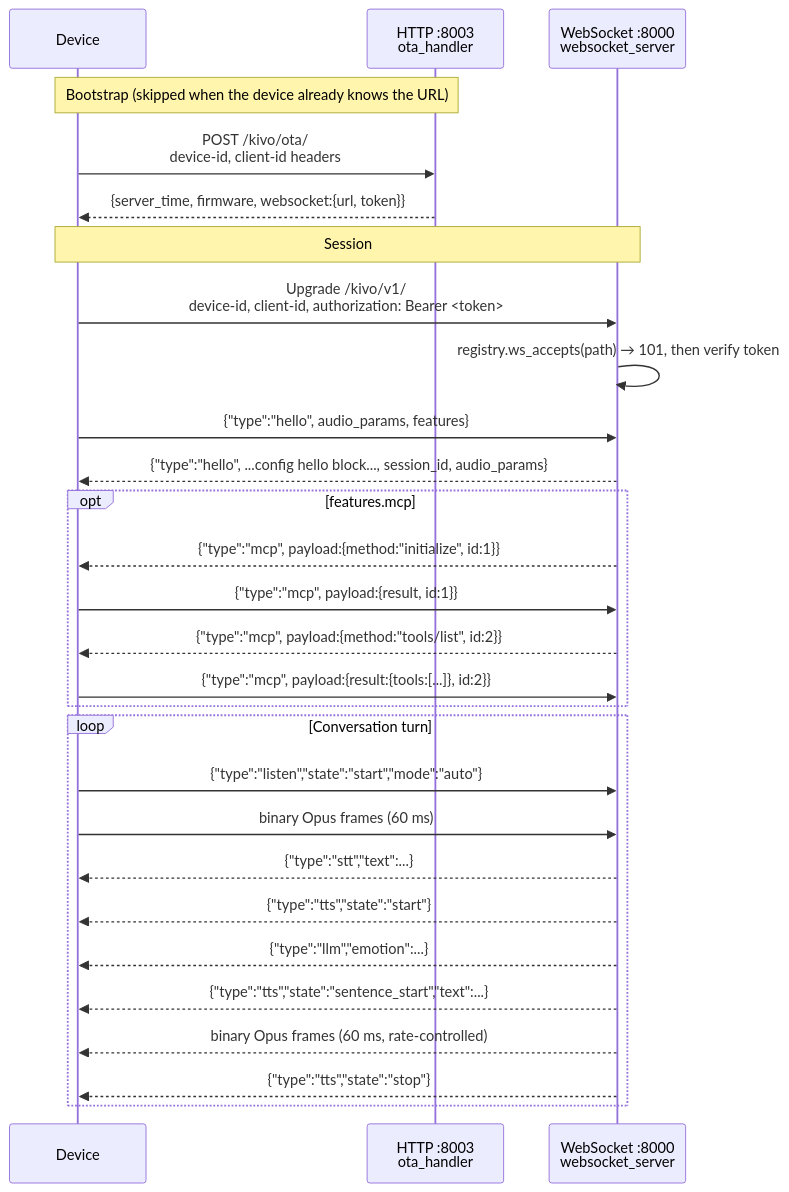
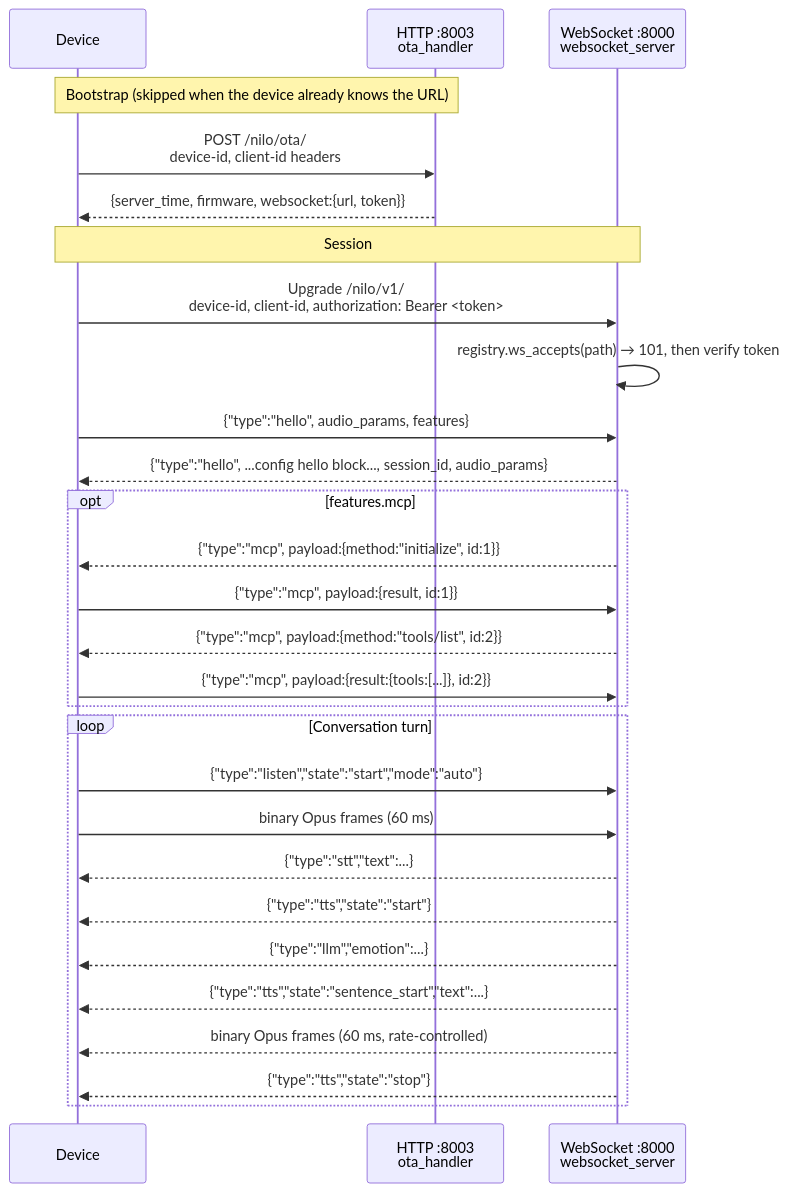
Before and after one commit to AA-Box/Nilo: the diagram in docs/protocol.md, drawn with Mermaid. The commit also changed other lines of this file and 307 other files, not shown here.

First line of the commit message:
refactor!: rename to Nilo and remove the upstream device endpoints

````diff
--- a/docs/protocol.md
+++ b/docs/protocol.md
@@ -182,33 +191,33 @@
 ```mermaid
 sequenceDiagram
     participant D as Device
     participant H as HTTP :8003<br/>ota_handler
     participant W as WebSocket :8000<br/>websocket_server
 
     Note over D,H: Bootstrap (skipped when the device already knows the URL)
-    D->>H: POST /kivo/ota/<br/>device-id, client-id headers
+    D->>H: POST /nilo/ota/<br/>device-id, client-id headers
     H-->>D: {server_time, firmware, websocket:{url, token}}
 
     Note over D,W: Session
-    D->>W: Upgrade /kivo/v1/<br/>device-id, client-id, authorization: Bearer <token>
+    D->>W: Upgrade /nilo/v1/<br/>device-id, client-id, authorization: Bearer <token>
     W->>W: registry.ws_accepts(path) → 101, then verify token
     D->>W: {"type":"hello", audio_params, features}
     W-->>D: {"type":"hello", ...config hello block..., session_id, audio_params}
     opt features.mcp
         W-->>D: {"type":"mcp", payload:{method:"initialize", id:1}}
         D->>W: {"type":"mcp", payload:{result, id:1}}
         W-->>D: {"type":"mcp", payload:{method:"tools/list", id:2}}
         D->>W: {"type":"mcp", payload:{result:{tools:[...]}, id:2}}
     end
 
     loop Conversation turn
         D->>W: {"type":"listen","state":"start","mode":"auto"}
         D->>W: binary Opus frames (60 ms)
         W-->>D: {"type":"stt","text":...}
         W-->>D: {"type":"tts","state":"start"}
         W-->>D: {"type":"llm","emotion":...}
         W-->>D: {"type":"tts","state":"sentence_start","text":...}
         W-->>D: binary Opus frames (60 ms, rate-controlled)
         W-->>D: {"type":"tts","state":"stop"}
     end
 ```
````
